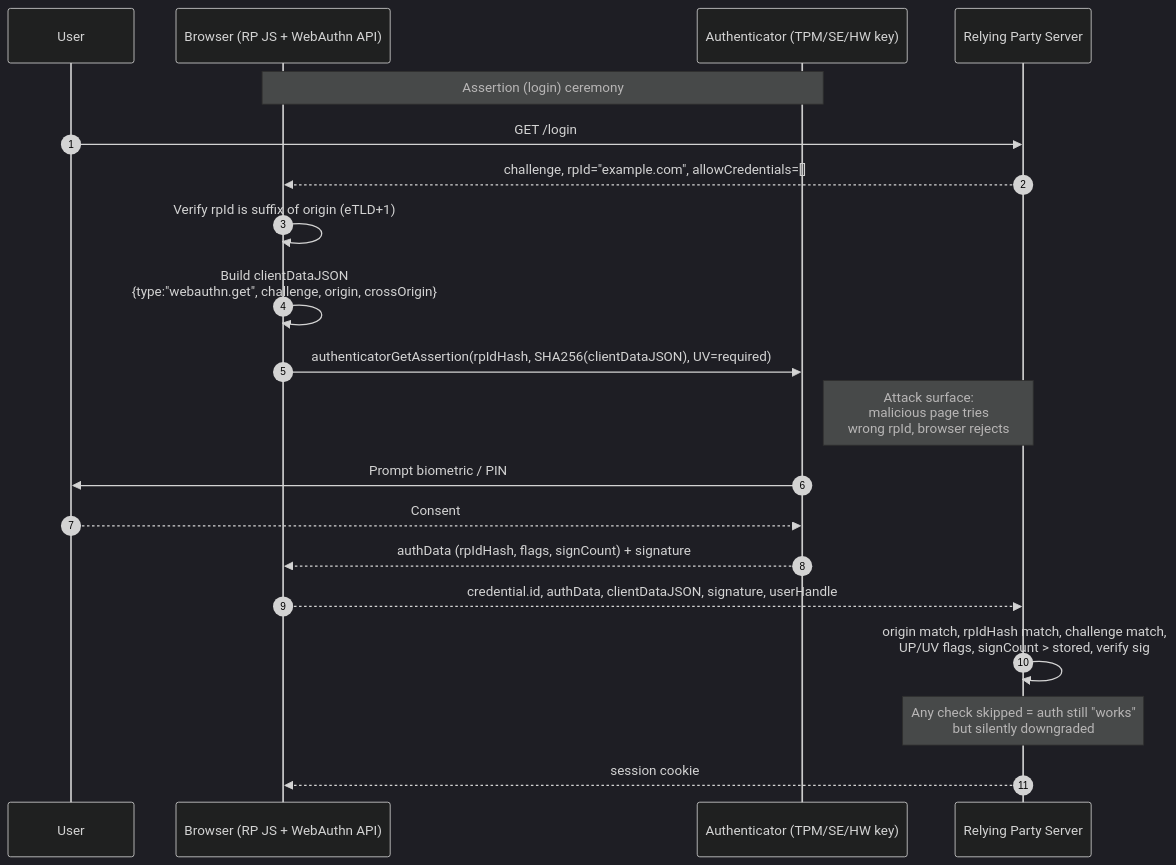
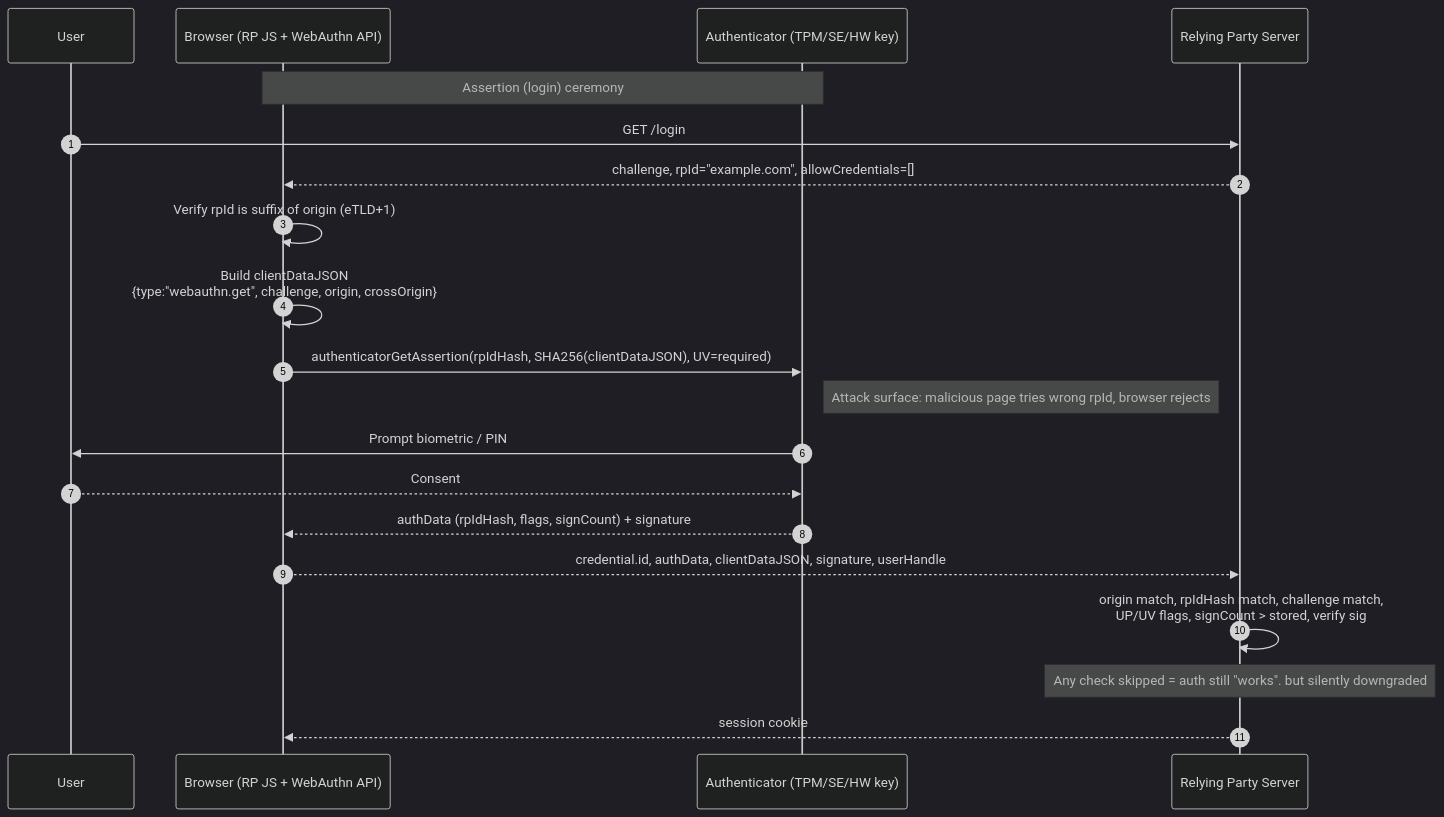
One commit to rcha0s/awesome-appsec-interview changed the diagram in docs/70-webauthn-passkeys.md. Above: the diagram before and after it, drawn with Mermaid (dark theme). The commit also changed 15 other files, not shown here.

First line of the commit message:
fix(mermaid): replace <br/> in sequenceDiagram Note statements to fix GitHub parse errors

````diff
--- a/docs/70-webauthn-passkeys.md
+++ b/docs/70-webauthn-passkeys.md
@@ -65,22 +65,22 @@
 ```mermaid
 sequenceDiagram
     autonumber
     participant U as User
     participant B as Browser (RP JS + WebAuthn API)
     participant A as Authenticator (TPM/SE/HW key)
     participant RP as Relying Party Server
     Note over B,A: Assertion (login) ceremony
     U->>RP: GET /login
     RP-->>B: challenge, rpId="example.com", allowCredentials=[]
     B->>B: Verify rpId is suffix of origin (eTLD+1)
     B->>B: Build clientDataJSON<br/>{type:"webauthn.get", challenge, origin, crossOrigin}
     B->>A: authenticatorGetAssertion(rpIdHash, SHA256(clientDataJSON), UV=required)
-    Note right of A: Attack surface:<br/>malicious page tries<br/>wrong rpId, browser rejects
+    Note right of A: Attack surface: malicious page tries wrong rpId, browser rejects
     A->>U: Prompt biometric / PIN
     U-->>A: Consent
     A-->>B: authData (rpIdHash, flags, signCount) + signature
     B-->>RP: credential.id, authData, clientDataJSON, signature, userHandle
     RP->>RP: origin match, rpIdHash match, challenge match,<br/>UP/UV flags, signCount > stored, verify sig
-    Note over RP: Any check skipped = auth still "works"<br/>but silently downgraded
+    Note over RP: Any check skipped = auth still "works". but silently downgraded
     RP-->>B: session cookie
 ```
````
